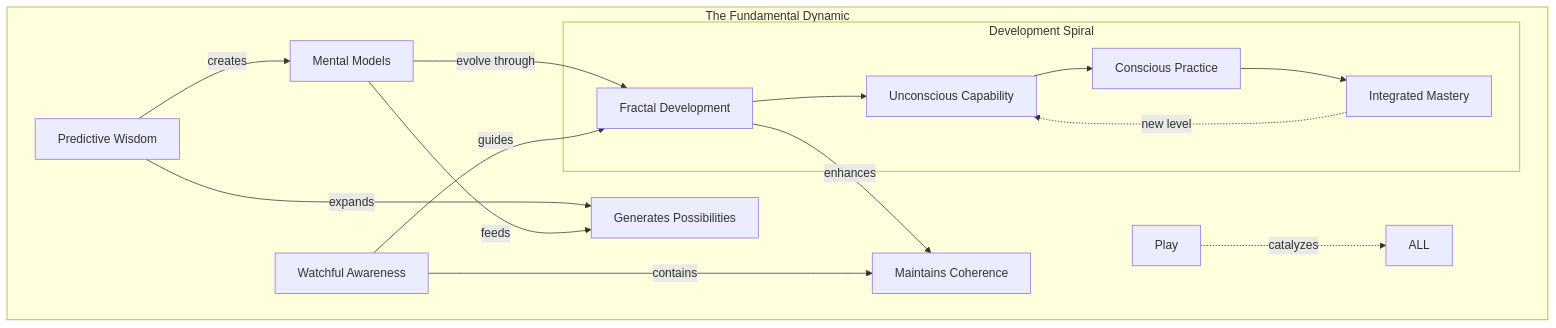
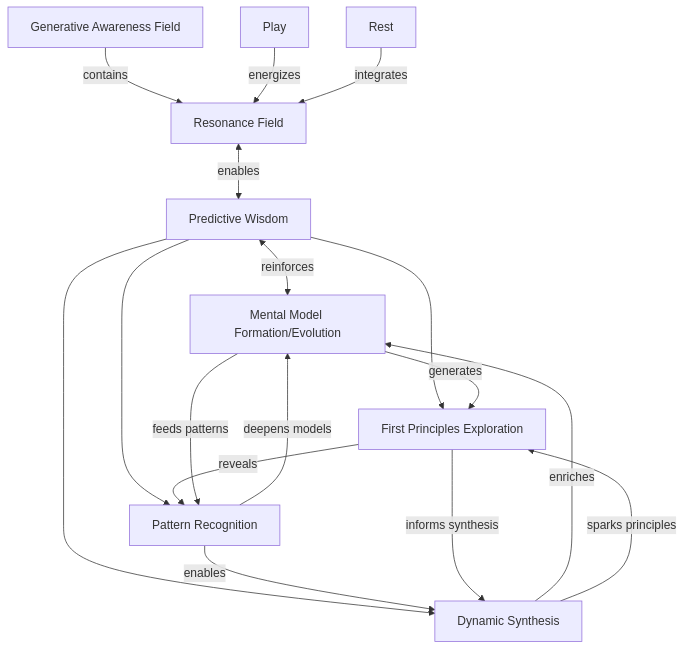
Before and after one commit to phillipclapham/neuroweaver: the third of 52 diagrams in README.md, drawn with Mermaid. The commit also changed other lines of this file and 4 other files, not shown here.

Commit message:
v0.2.0-flow

````diff
--- a/README.md
+++ b/README.md
@@ -114,23 +1164,23 @@
 ```mermaid
 graph TD
-    subgraph "The Fundamental Dynamic"
-        PW[Predictive Wisdom] -->|expands| E1[Generates Possibilities]
-        PW -->|creates| MM[Mental Models]
-        MM -->|evolve through| FP[Fractal Development]
+    GAF[Generative Awareness Field] -->|contains| RF[Resonance Field]
+    RF <-->|enables| PW[Predictive Wisdom]
 
-        WA_R[Watchful Awareness] -->|contains| C1[Maintains Coherence]
-        WA_R -->|guides| FP
+    PW <-->|reinforces| MM[Mental Model Formation/Evolution]
+    PW --> FP[First Principles Exploration]
+    PW --> PR[Pattern Recognition]
+    PW --> DS[Dynamic Synthesis]
 
-        Play[Play] -.->|catalyzes| ALL
+    MM -->|generates| FP
+    FP -->|reveals| PR
+    PR -->|enables| DS
+    DS -->|enriches| MM
 
-        subgraph "Development Spiral"
-            FP --> U[Unconscious Capability]
-            U --> C[Conscious Practice]
-            C --> I[Integrated Mastery]
-            I -.->|new level| U
-        end
+    MM -->|feeds patterns| PR
+    FP -->|informs synthesis| DS
+    PR -->|deepens models| MM
+    DS -->|sparks principles| FP
 
-        MM -->|feeds| E1
-        FP -->|enhances| C1
-    end
+    Play -->|energizes| RF
+    Rest -->|integrates| RF
 ```
````
